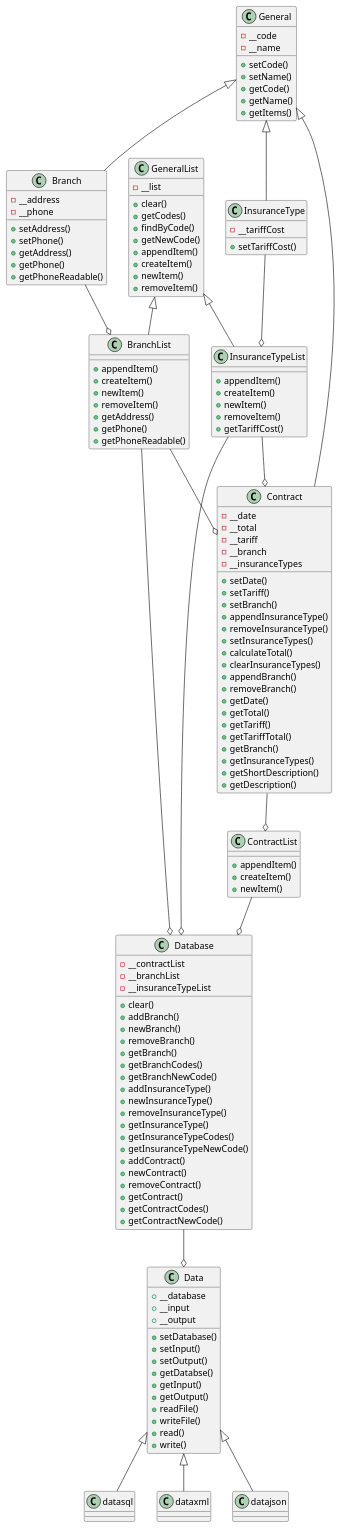
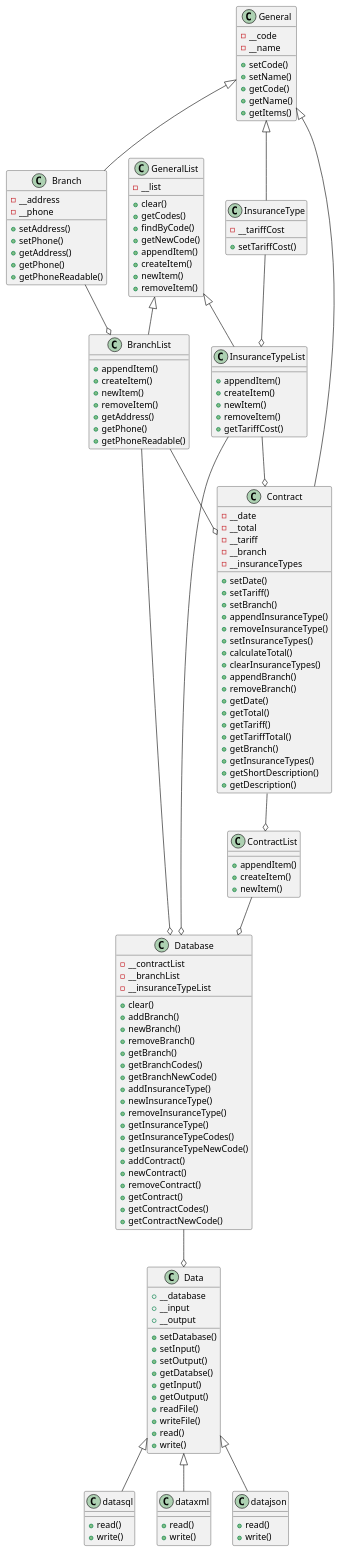
The diagram in diagram.wsd (alephir/ssu-3sem-oop), drawn with PlantUML before and after one commit.

Commit message:
update diagram

```diff
--- a/diagram.wsd
+++ b/diagram.wsd
@@ -1,151 +1,166 @@
 @startuml InsuranceCompany
 
 class General{
   - __code
   - __name
   + setCode()
   + setName()
   + getCode()
   + getName()
   + getItems()
 }
 
 class Branch{
   - __address
   - __phone
   + setAddress()
   + setPhone()
   + getAddress()
   + getPhone()
   + getPhoneReadable()
 }
 
 class InsuranceType{
   - __tariffCost
   + setTariffCost()
 }
 
 class GeneralList{
   - __list
   + clear()
   + getCodes()
   + findByCode()
   + getNewCode()
   + appendItem()
   + createItem()
   + newItem()
   + removeItem()
 }
 
 class BranchList{
   + appendItem()
   + createItem()
   + newItem()
   + removeItem()
   + getAddress()
   + getPhone()
   + getPhoneReadable()
 }
 
 class InsuranceTypeList{
   + appendItem()
   + createItem()
   + newItem()
   + removeItem()
   + getTariffCost()
 }
 
 class Contract{
   - __date
   - __total
   - __tariff
   - __branch
   - __insuranceTypes
   + setDate()
   + setTariff()
   + setBranch()
   + appendInsuranceType()
   + removeInsuranceType()
   + setInsuranceTypes()
   + calculateTotal()
   + clearInsuranceTypes()
   + appendBranch()
   + removeBranch()
   + getDate()
   + getTotal()
   + getTariff()
   + getTariffTotal()
   + getBranch()
   + getInsuranceTypes()
   + getShortDescription()
   + getDescription()
 }
 
 class ContractList{
     + appendItem()
     + createItem()
     + newItem()
 }
 
 class Database{
     - __contractList
     - __branchList
     - __insuranceTypeList
     + clear()
     + addBranch()
     + newBranch()
     + removeBranch()
     + getBranch()
     + getBranchCodes()
     + getBranchNewCode()
     + addInsuranceType()
     + newInsuranceType()
     + removeInsuranceType()
     + getInsuranceType()
     + getInsuranceTypeCodes()
     + getInsuranceTypeNewCode()
     + addContract()
     + newContract()
     + removeContract()
     + getContract()
     + getContractCodes()
     + getContractNewCode()
 }
 
 class Data{
     + __database
     + __input
     + __output
     + setDatabase()
     + setInput()
     + setOutput()
     + getDatabse()
     + getInput()
     + getOutput()
     + readFile()
     + writeFile()
     + read()
     + write()
 }
 
+class datasql{
+  + read()
+  + write()
+}
+
+class dataxml{
+  + read()
+  + write()
+}
+
+class datajson{
+  + read()
+  + write()
+}
+
 
 General <|-- Branch
 General <|-- Contract
 General <|-- InsuranceType
 GeneralList <|-- BranchList
 Branch --o BranchList
 BranchList --o Contract
 GeneralList <|-- InsuranceTypeList
 InsuranceType --o InsuranceTypeList
 InsuranceTypeList --o Contract
 
 Contract --o ContractList
 ContractList --o Database
 BranchList --o Database
 InsuranceTypeList --o Database
 Database --o Data
 Data <|-- datasql
 Data <|-- dataxml
 Data <|-- datajson
 
 @enduml
```
